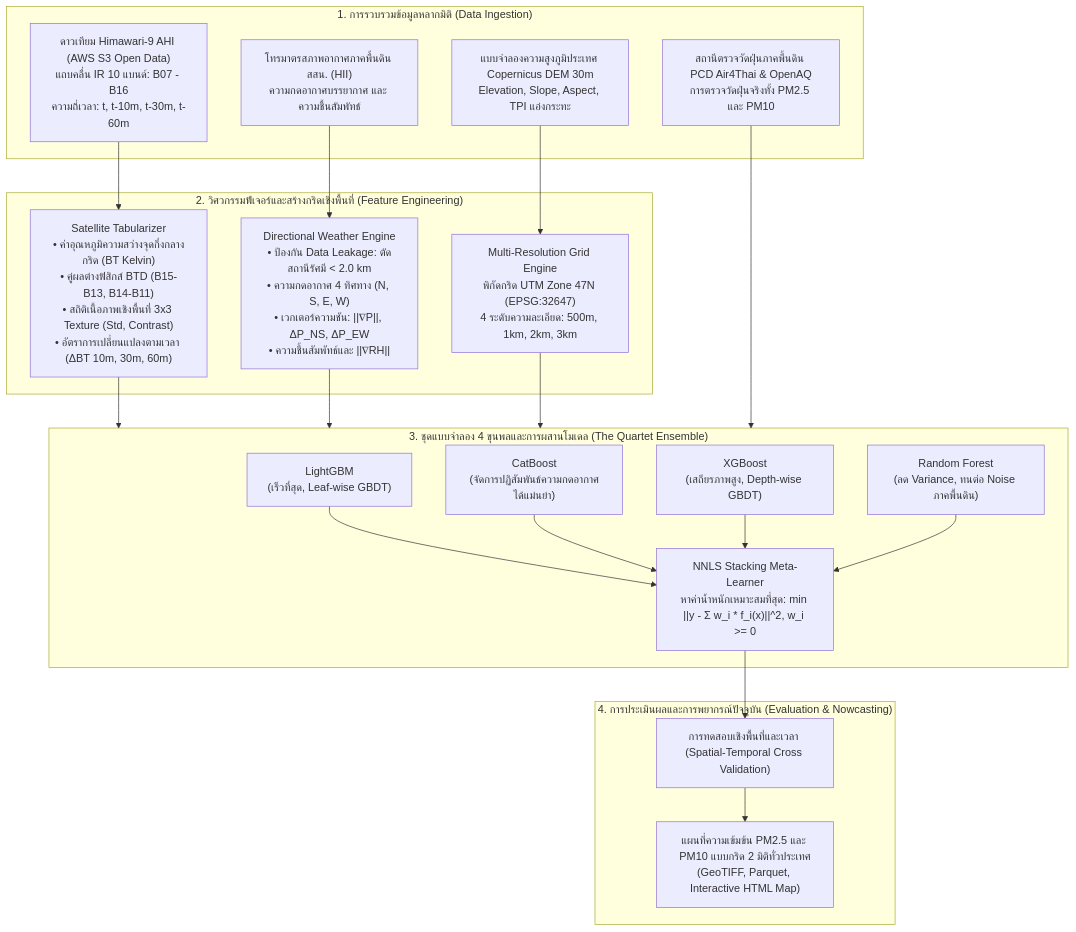
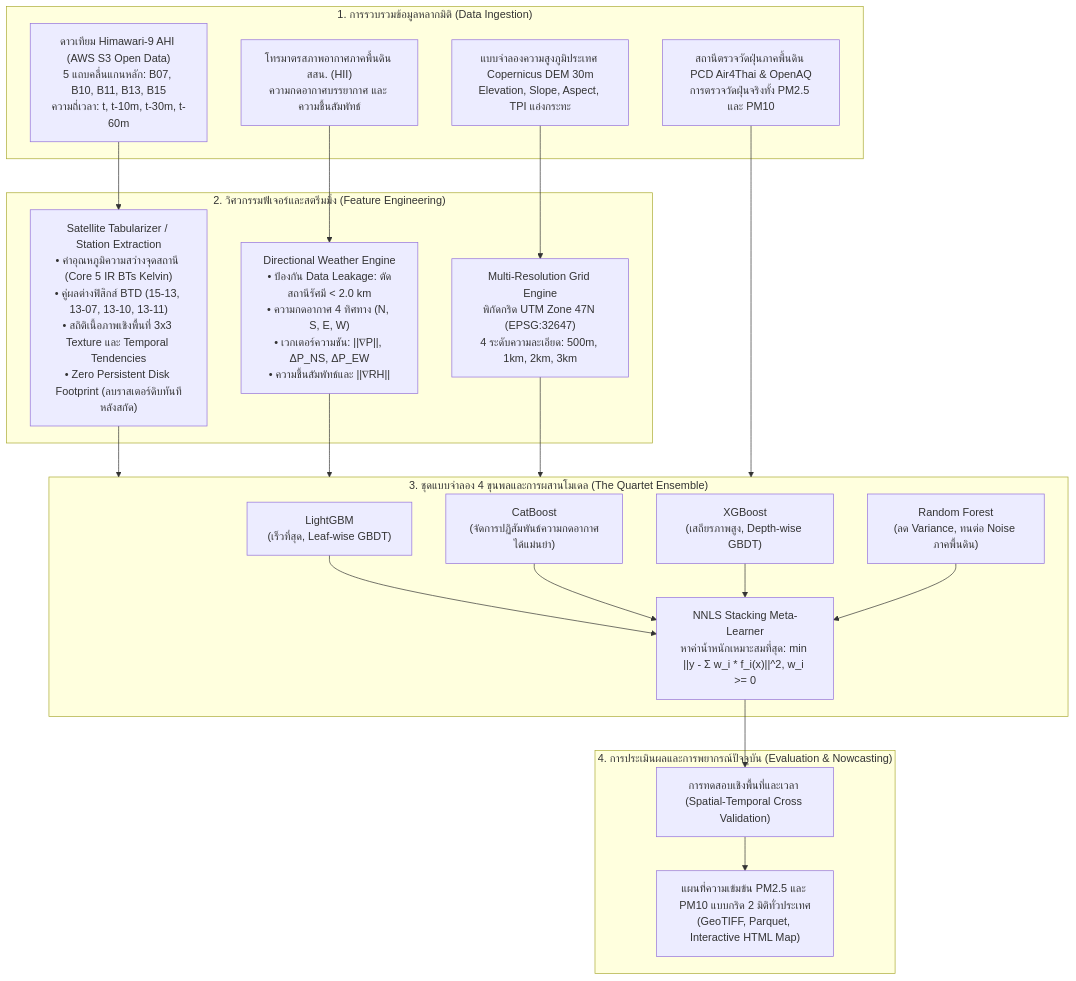
The diagram in README.md (korarit/dust-from-satellite-image-thailand), drawn with Mermaid before and after one commit. The commit also changed other lines of this file and 5 other files, not shown here.

Commit message:
docs: update technical docs and README with Core 5 IR bands, new BTD equations, station streaming, and academic DOIs

````diff
--- a/README.md
+++ b/README.md
@@ -73,35 +73,35 @@
 ```mermaid
 flowchart TD
     subgraph DataSources ["1. การรวบรวมข้อมูลหลากมิติ (Data Ingestion)"]
-        H9["ดาวเทียม Himawari-9 AHI (AWS S3 Open Data)<br>แถบคลื่น IR 10 แบนด์: B07 - B16<br>ความถี่เวลา: t, t-10m, t-30m, t-60m"]
+        H9["ดาวเทียม Himawari-9 AHI (AWS S3 Open Data)<br>5 แถบคลื่นแกนหลัก: B07, B10, B11, B13, B15<br>ความถี่เวลา: t, t-10m, t-30m, t-60m"]
         HII["โทรมาตรสภาพอากาศภาคพื้นดิน สสน. (HII)<br>ความกดอากาศบรรยากาศ และ ความชื้นสัมพัทธ์"]
         DEM["แบบจำลองความสูงภูมิประเทศ Copernicus DEM 30m<br>Elevation, Slope, Aspect, TPI แอ่งกระทะ"]
         GT["สถานีตรวจวัดฝุ่นภาคพื้นดิน PCD Air4Thai & OpenAQ<br>การตรวจวัดฝุ่นจริงทั้ง PM2.5 และ PM10"]
     end
 
-    subgraph FeatureEngineering ["2. วิศวกรรมฟีเจอร์และสร้างกริดเชิงพื้นที่ (Feature Engineering)"]
-        SatTab["Satellite Tabularizer<br>• ค่าอุณหภูมิความสว่างจุดกึ่งกลางกริด (BT Kelvin)<br>• คู่ผลต่างฟิสิกส์ BTD (B15-B13, B14-B11)<br>• สถิติเนื้อภาพเชิงพื้นที่ 3x3 Texture (Std, Contrast)<br>• อัตราการเปลี่ยนแปลงตามเวลา (ΔBT 10m, 30m, 60m)"]
+    subgraph FeatureEngineering ["2. วิศวกรรมฟีเจอร์และสตรีมมิ่ง (Feature Engineering)"]
+        SatTab["Satellite Tabularizer / Station Extraction<br>• ค่าอุณหภูมิความสว่างจุดสถานี (Core 5 IR BTs Kelvin)<br>• คู่ผลต่างฟิสิกส์ BTD (15-13, 13-07, 13-10, 13-11)<br>• สถิติเนื้อภาพเชิงพื้นที่ 3x3 Texture และ Temporal Tendencies<br>• Zero Persistent Disk Footprint (ลบราสเตอร์ดิบทันทีหลังสกัด)"]
         DirPress["Directional Weather Engine<br>• ป้องกัน Data Leakage: ตัดสถานีรัศมี < 2.0 km<br>• ความกดอากาศ 4 ทิศทาง (N, S, E, W)<br>• เวกเตอร์ความชัน: ||∇P||, ΔP_NS, ΔP_EW<br>• ความชื้นสัมพัทธ์และ ||∇RH||"]
         GridEng["Multi-Resolution Grid Engine<br>พิกัดกริด UTM Zone 47N (EPSG:32647)<br>4 ระดับความละเอียด: 500m, 1km, 2km, 3km"]
     end
 
     subgraph ModelingSuite ["3. ชุดแบบจำลอง 4 ขุนพลและการผสานโมเดล (The Quartet Ensemble)"]
         LGB["LightGBM<br>(เร็วที่สุด, Leaf-wise GBDT)"]
         CAT["CatBoost<br>(จัดการปฏิสัมพันธ์ความกดอากาศได้แม่นยำ)"]
         XGB["XGBoost<br>(เสถียรภาพสูง, Depth-wise GBDT)"]
         RF["Random Forest<br>(ลด Variance, ทนต่อ Noise ภาคพื้นดิน)"]
         Meta["NNLS Stacking Meta-Learner<br>หาค่าน้ำหนักเหมาะสมที่สุด: min ||y - Σ w_i * f_i(x)||^2, w_i >= 0"]
     end
 
     subgraph EvaluationInference ["4. การประเมินผลและการพยากรณ์ปัจจุบัน (Evaluation & Nowcasting)"]
         CV["การทดสอบเชิงพื้นที่และเวลา (Spatial-Temporal Cross Validation)"]
         Map["แผนที่ความเข้มข้น PM2.5 และ PM10 แบบกริด 2 มิติทั่วประเทศ<br>(GeoTIFF, Parquet, Interactive HTML Map)"]
     end
 
     H9 --> SatTab
     HII --> DirPress
     DEM --> GridEng
     SatTab & DirPress & GridEng & GT --> ModelingSuite
     LGB & CAT & XGB & RF --> Meta
     Meta --> CV --> Map
 ```
````
